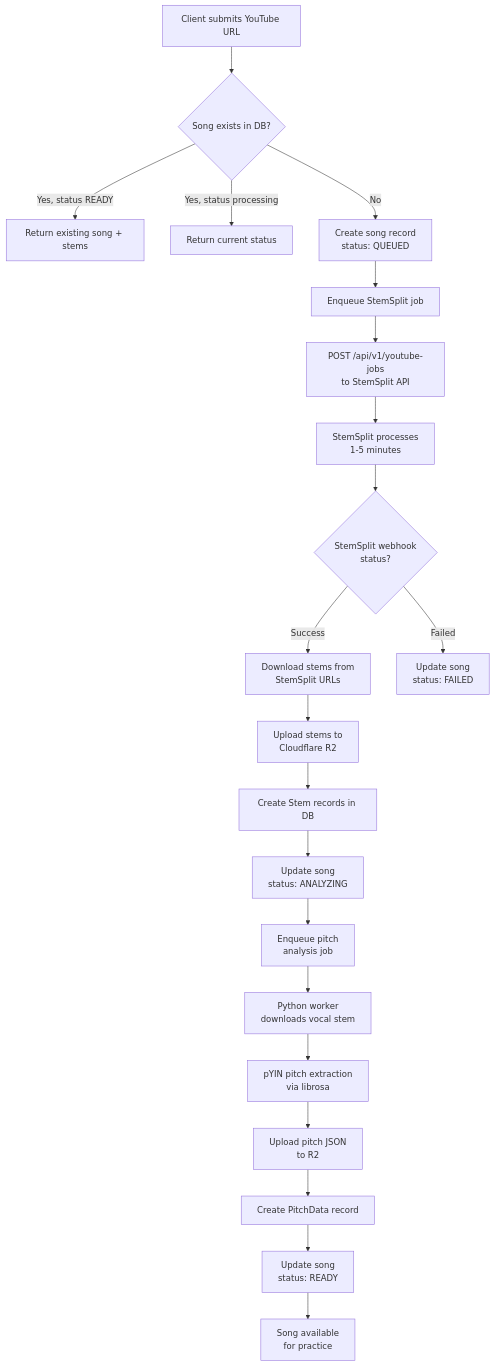
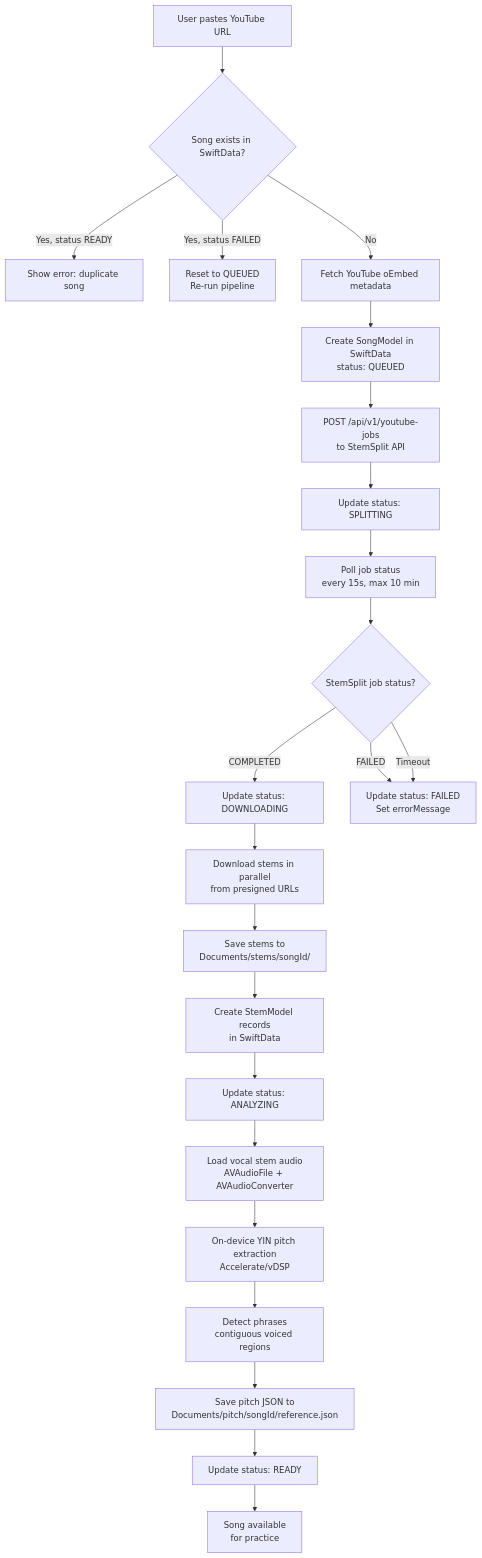
The first of 2 diagrams in docs/05-audio-pipeline.md (pawelgawliczek/intonavio-local), drawn with Mermaid before and after one commit. The commit also changed other lines of this file and 88 other files, not shown here.

First line of the commit message:
Migrate to fully on-device architecture

````diff
--- a/docs/05-audio-pipeline.md
+++ b/docs/05-audio-pipeline.md
@@ -7,28 +7,31 @@
 ```mermaid
 flowchart TD
-    A[Client submits YouTube URL] --> B{Song exists in DB?}
-    B -->|Yes, status READY| C[Return existing song + stems]
-    B -->|Yes, status processing| D[Return current status]
-    B -->|No| E[Create song record<br/>status: QUEUED]
+    A[User pastes YouTube URL] --> B{Song exists in SwiftData?}
+    B -->|Yes, status READY| C[Show error: duplicate song]
+    B -->|Yes, status FAILED| D[Reset to QUEUED<br/>Re-run pipeline]
+    B -->|No| E[Fetch YouTube oEmbed metadata]
 
-    E --> F[Enqueue StemSplit job]
+    E --> F[Create SongModel in SwiftData<br/>status: QUEUED]
     F --> G[POST /api/v1/youtube-jobs<br/>to StemSplit API]
-    G --> H[StemSplit processes<br/>1-5 minutes]
+    G --> H[Update status: SPLITTING]
 
-    H --> I{StemSplit webhook<br/>status?}
-    I -->|Success| J[Download stems from<br/>StemSplit URLs]
-    I -->|Failed| K[Update song<br/>status: FAILED]
+    H --> I[Poll job status<br/>every 15s, max 10 min]
+    I --> J{StemSplit job status?}
 
-    J --> L[Upload stems to<br/>Cloudflare R2]
-    L --> M[Create Stem records in DB]
-    M --> N[Update song<br/>status: ANALYZING]
+    J -->|COMPLETED| K[Update status: DOWNLOADING]
+    J -->|FAILED| L[Update status: FAILED<br/>Set errorMessage]
+    J -->|Timeout| L
 
-    N --> O[Enqueue pitch<br/>analysis job]
-    O --> P[Python worker<br/>downloads vocal stem]
-    P --> Q[pYIN pitch extraction<br/>via librosa]
-    Q --> R[Upload pitch JSON<br/>to R2]
-    R --> S[Create PitchData record]
-    S --> T[Update song<br/>status: READY]
+    K --> M[Download stems in parallel<br/>from presigned URLs]
+    M --> N[Save stems to<br/>Documents/stems/songId/]
+    N --> O[Create StemModel records<br/>in SwiftData]
 
-    T --> U[Song available<br/>for practice]
+    O --> P[Update status: ANALYZING]
+    P --> Q[Load vocal stem audio<br/>AVAudioFile + AVAudioConverter]
+    Q --> R[On-device YIN pitch extraction<br/>Accelerate/vDSP]
+    R --> S[Detect phrases<br/>contiguous voiced regions]
+    S --> T[Save pitch JSON to<br/>Documents/pitch/songId/reference.json]
+
+    T --> U[Update status: READY]
+    U --> V[Song available<br/>for practice]
 ```
````
